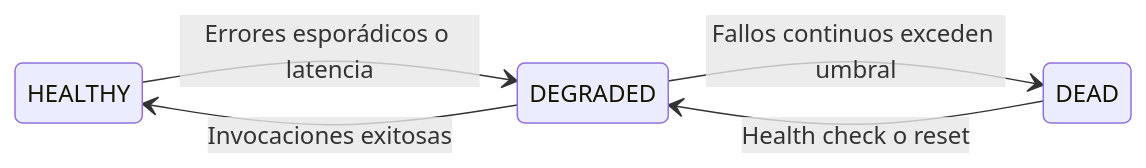
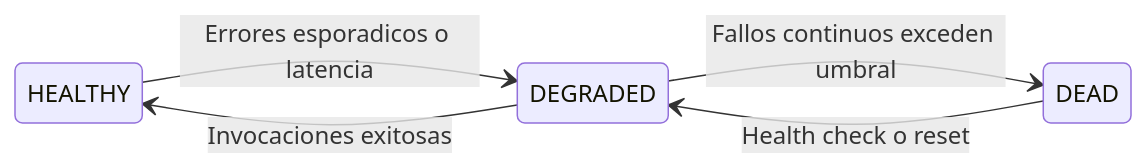
One commit to GountzJs/gountz-ia changed the second of 2 diagrams in docs/orchy/microkernel.md. Above: the diagram before and after it, drawn with Mermaid. The commit also changed other lines of this file and 13 other files, not shown here.

````diff
--- a/docs/orchy/microkernel.md
+++ b/docs/orchy/microkernel.md
@@ -63,8 +74,8 @@
 ```mermaid
 stateDiagram-v2
     direction LR
-    HEALTHY --> DEGRADED: Errores esporádicos o latencia
+    HEALTHY --> DEGRADED: Errores esporadicos o latencia
     DEGRADED --> HEALTHY: Invocaciones exitosas
     DEGRADED --> DEAD: Fallos continuos exceden umbral
     DEAD --> DEGRADED: Health check o reset
 ```
````
